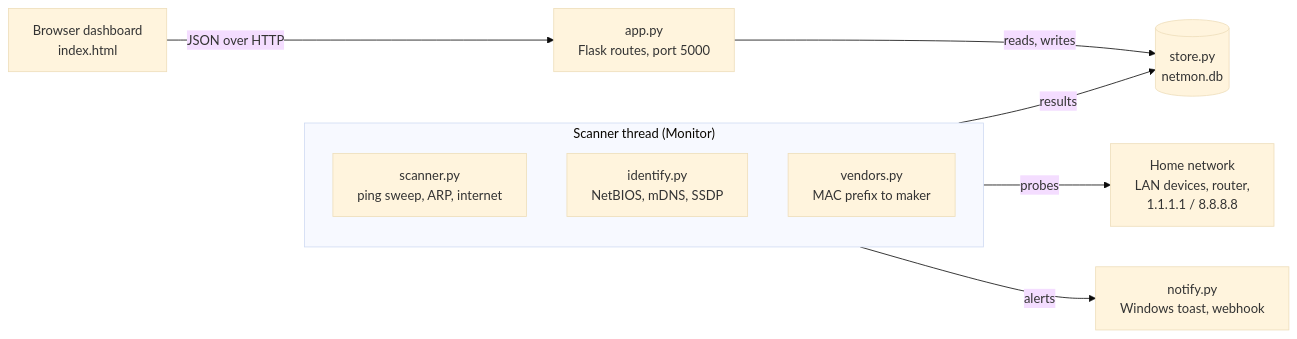
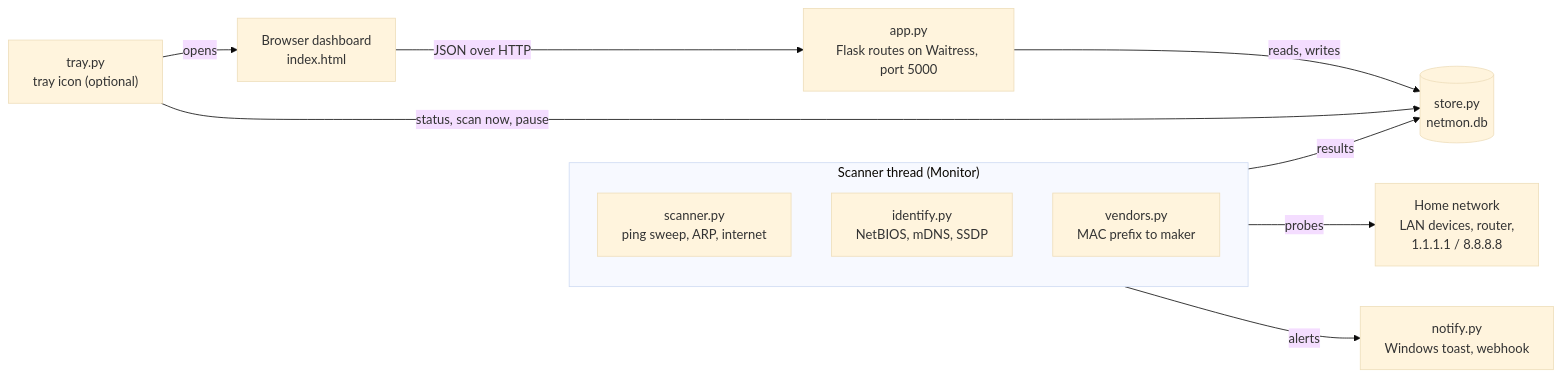
One commit to JasonJTomlin/NetMonTool changed the diagram in docs/DESIGN.md. Above: the diagram before and after it, drawn with Mermaid (base theme). The commit also changed other lines of this file and 9 other files, not shown here.

First line of the commit message:
Run on Waitress and add a system-tray mode

````diff
--- a/docs/DESIGN.md
+++ b/docs/DESIGN.md
@@ -46,19 +48,22 @@
 ```mermaid
 flowchart LR
     net["Home network<br/>LAN devices, router,<br/>1.1.1.1 / 8.8.8.8"]
     subgraph thread["Scanner thread (Monitor)"]
         scanner["scanner.py<br/>ping sweep, ARP, internet"]
         identify["identify.py<br/>NetBIOS, mDNS, SSDP"]
         vendors["vendors.py<br/>MAC prefix to maker"]
     end
     notify["notify.py<br/>Windows toast, webhook"]
     store[("store.py<br/>netmon.db")]
-    flask["app.py<br/>Flask routes, port 5000"]
+    flask["app.py<br/>Flask routes on Waitress, port 5000"]
     dash["Browser dashboard<br/>index.html"]
+    tray["tray.py<br/>tray icon (optional)"]
 
     thread -- probes --> net
     thread -- alerts --> notify
     thread -- results --> store
     flask -- "reads, writes" --> store
     dash -- "JSON over HTTP" --> flask
+    tray -- "status, scan now, pause" --> store
+    tray -- "opens" --> dash
 ```
````
